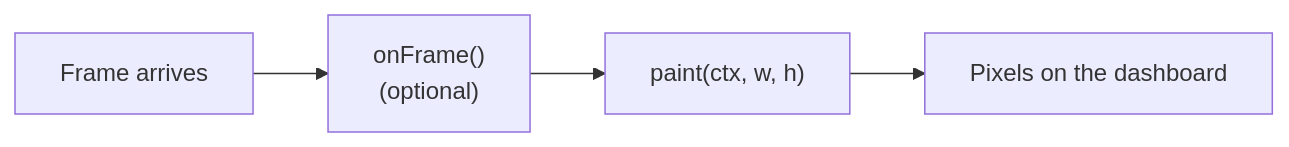
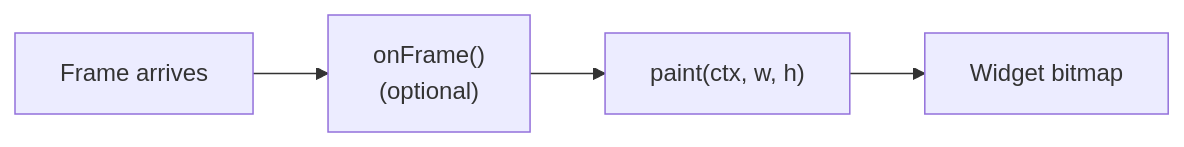
Before and after one commit to songbangyan/Serial-Studio: the diagram in doc/help/Painter-Widget.md, drawn with Mermaid. The commit also changed other lines of this file and 9 other files, not shown here.

````diff
--- a/doc/help/Painter-Widget.md
+++ b/doc/help/Painter-Widget.md
@@ -9,6 +9,6 @@
 ```mermaid
 flowchart LR
     A["Frame arrives"] --> B["onFrame()<br/>(optional)"]
     B --> C["paint(ctx, w, h)"]
-    C --> D["Pixels on the dashboard"]
+    C --> D["Widget bitmap"]
 ```
````
